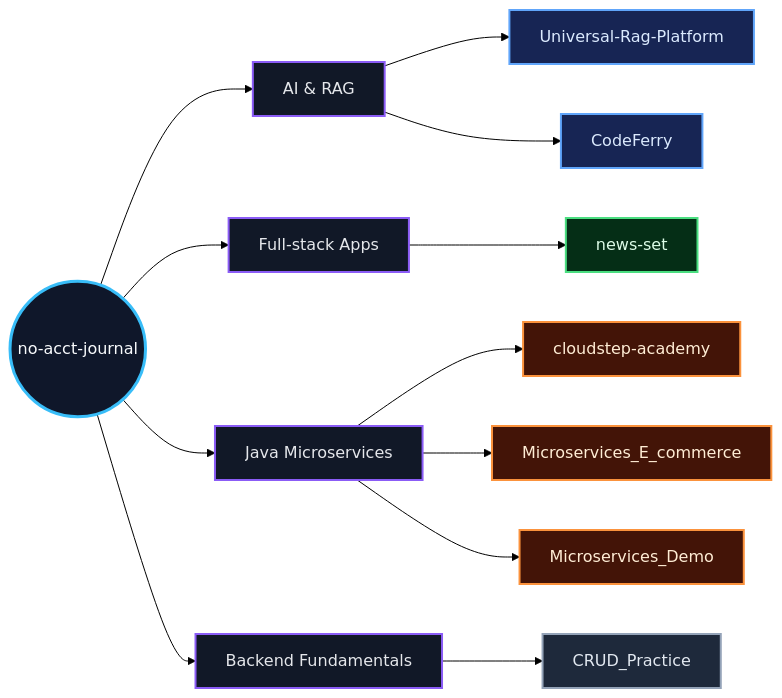
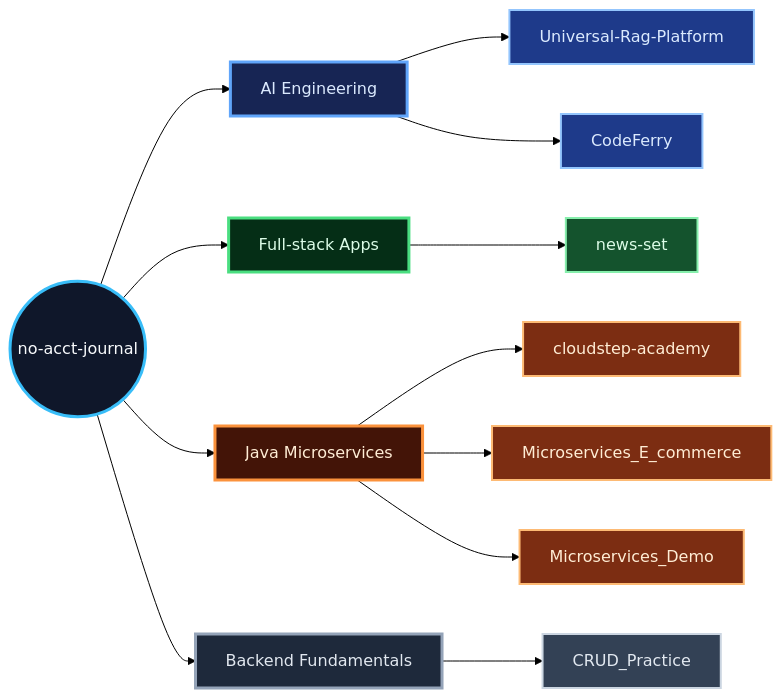
One commit to no-acct-journal/no-acct-journal changed the diagram in README.md. Above: the diagram before and after it, drawn with Mermaid (forest theme).

Commit message:
Refine repository map colors

````diff
--- a/README.md
+++ b/README.md
@@ -143,42 +143,48 @@
 ```mermaid
 flowchart LR
     hub(("no-acct-journal"))
 
-    hub --> ai["AI & RAG"]
+    hub --> ai["AI Engineering"]
     hub --> apps["Full-stack Apps"]
     hub --> java["Java Microservices"]
     hub --> core["Backend Fundamentals"]
 
     ai --> rag["Universal-Rag-Platform"]
     ai --> ferry["CodeFerry"]
 
     apps --> news["news-set"]
 
     java --> academy["cloudstep-academy"]
     java --> ecommerce["Microservices_E_commerce"]
     java --> demo["Microservices_Demo"]
 
     core --> crud["CRUD_Practice"]
 
     click rag "https://github.com/no-acct-journal/Universal-Rag-Platform"
     click ferry "https://github.com/no-acct-journal/CodeFerry"
     click news "https://github.com/no-acct-journal/news-set"
     click academy "https://github.com/no-acct-journal/cloudstep-academy"
     click ecommerce "https://github.com/no-acct-journal/Microservices_E_commerce_Platform"
     click demo "https://github.com/no-acct-journal/Microservices_Demo"
     click crud "https://github.com/no-acct-journal/CRUD_Practice"
 
     classDef hub fill:#0f172a,color:#f8fafc,stroke:#38bdf8,stroke-width:3px;
-    classDef category fill:#111827,color:#e5e7eb,stroke:#8b5cf6,stroke-width:2px;
-    classDef aiNode fill:#172554,color:#dbeafe,stroke:#60a5fa,stroke-width:2px;
-    classDef appNode fill:#052e16,color:#dcfce7,stroke:#4ade80,stroke-width:2px;
-    classDef javaNode fill:#431407,color:#ffedd5,stroke:#fb923c,stroke-width:2px;
-    classDef coreNode fill:#1e293b,color:#e2e8f0,stroke:#94a3b8,stroke-width:2px;
+    classDef aiGroup fill:#172554,color:#dbeafe,stroke:#60a5fa,stroke-width:3px;
+    classDef aiNode fill:#1e3a8a,color:#dbeafe,stroke:#93c5fd,stroke-width:2px;
+    classDef appGroup fill:#052e16,color:#dcfce7,stroke:#4ade80,stroke-width:3px;
+    classDef appNode fill:#14532d,color:#dcfce7,stroke:#86efac,stroke-width:2px;
+    classDef javaGroup fill:#431407,color:#ffedd5,stroke:#fb923c,stroke-width:3px;
+    classDef javaNode fill:#7c2d12,color:#ffedd5,stroke:#fdba74,stroke-width:2px;
+    classDef coreGroup fill:#1e293b,color:#e2e8f0,stroke:#94a3b8,stroke-width:3px;
+    classDef coreNode fill:#334155,color:#e2e8f0,stroke:#cbd5e1,stroke-width:2px;
 
     class hub hub;
-    class ai,apps,java,core category;
+    class ai aiGroup;
+    class apps appGroup;
+    class java javaGroup;
+    class core coreGroup;
     class rag,ferry aiNode;
     class news appNode;
     class academy,ecommerce,demo javaNode;
     class crud coreNode;
 ```
````
